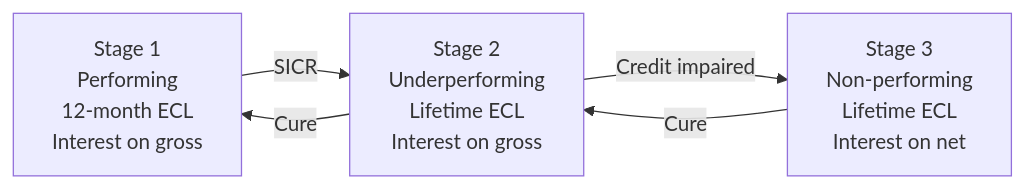
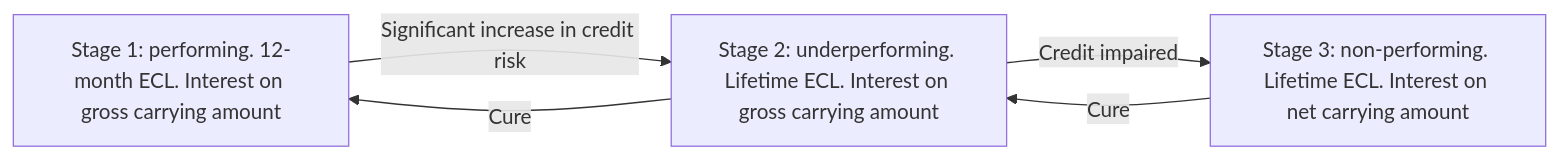
Before and after one commit to tharungajula2/loud-recall: the fourth of 10 diagrams in content/credit-risk-regulatory-reporting.md, drawn with Mermaid. The commit also changed other lines of this file, not shown here.

Commit message:
docs: standardize frontmatter and metadata for credit-risk-regulatory-reporting

````diff
--- a/content/credit-risk-regulatory-reporting.md
+++ b/content/credit-risk-regulatory-reporting.md
@@ -247,7 +489,7 @@
 ```mermaid
 flowchart LR
-    S1["Stage 1<br/>Performing<br/>12-month ECL<br/>Interest on gross"] -->|SICR| S2["Stage 2<br/>Underperforming<br/>Lifetime ECL<br/>Interest on gross"]
-    S2 -->|Credit impaired| S3["Stage 3<br/>Non-performing<br/>Lifetime ECL<br/>Interest on net"]
+    S1["Stage 1: performing. 12-month ECL. Interest on gross carrying amount"] -->|Significant increase in credit risk| S2["Stage 2: underperforming. Lifetime ECL. Interest on gross carrying amount"]
+    S2 -->|Credit impaired| S3["Stage 3: non-performing. Lifetime ECL. Interest on net carrying amount"]
     S2 -->|Cure| S1
     S3 -->|Cure| S2
 ```
````
